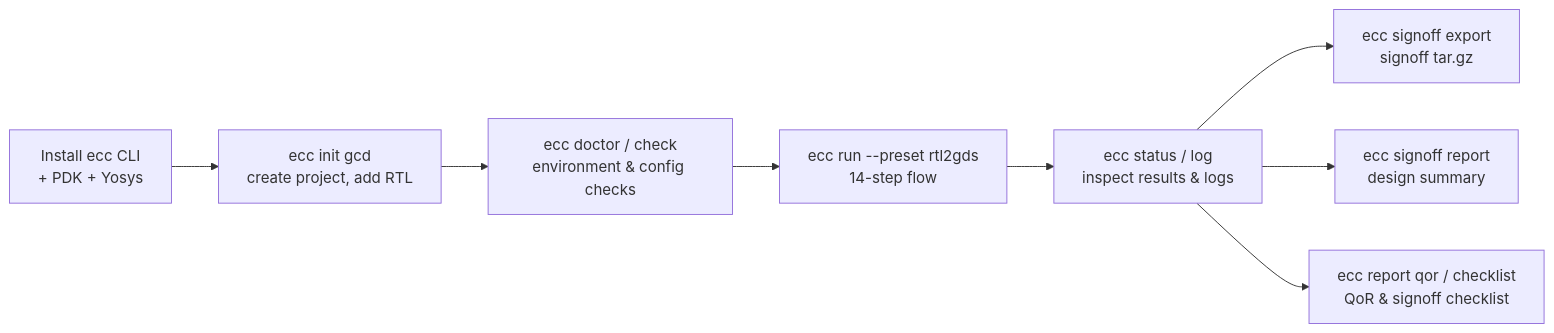
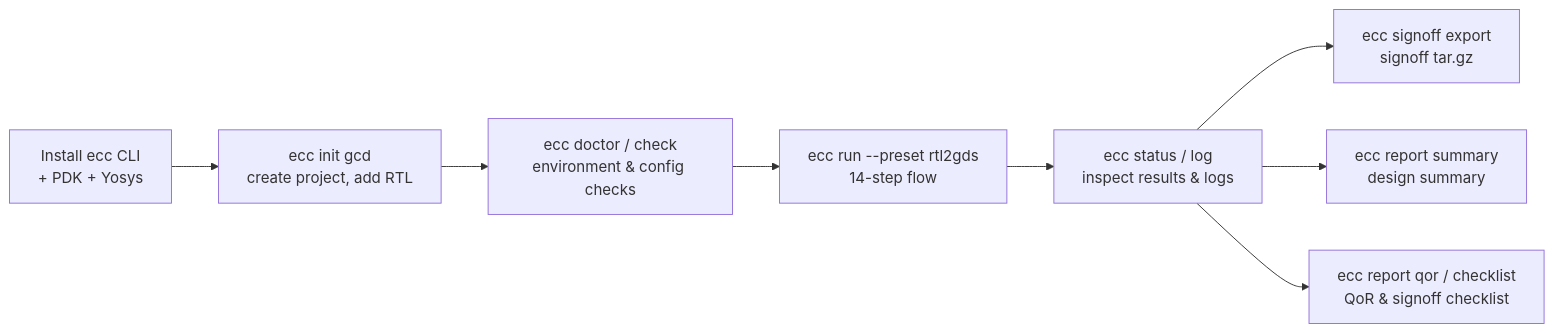
The first of 2 diagrams in docs/ecc-cli-tutorial.en.md (openecos-projects/ecc), drawn with Mermaid before and after one commit. The commit also changed other lines of this file and 31 other files, not shown here.

````diff
--- a/docs/ecc-cli-tutorial.en.md
+++ b/docs/ecc-cli-tutorial.en.md
@@ -15,10 +15,10 @@
 ```mermaid
 graph LR
     A[Install ecc CLI<br/>+ PDK + Yosys] --> B[ecc init gcd<br/>create project, add RTL]
     B --> C[ecc doctor / check<br/>environment & config checks]
     C --> D[ecc run --preset rtl2gds<br/>14-step flow]
     D --> E[ecc status / log<br/>inspect results & logs]
     E --> F[ecc signoff export<br/>signoff tar.gz]
-    E --> G[ecc signoff report<br/>design summary]
+    E --> G[ecc report summary<br/>design summary]
     E --> H[ecc report qor / checklist<br/>QoR & signoff checklist]
 ```
````
